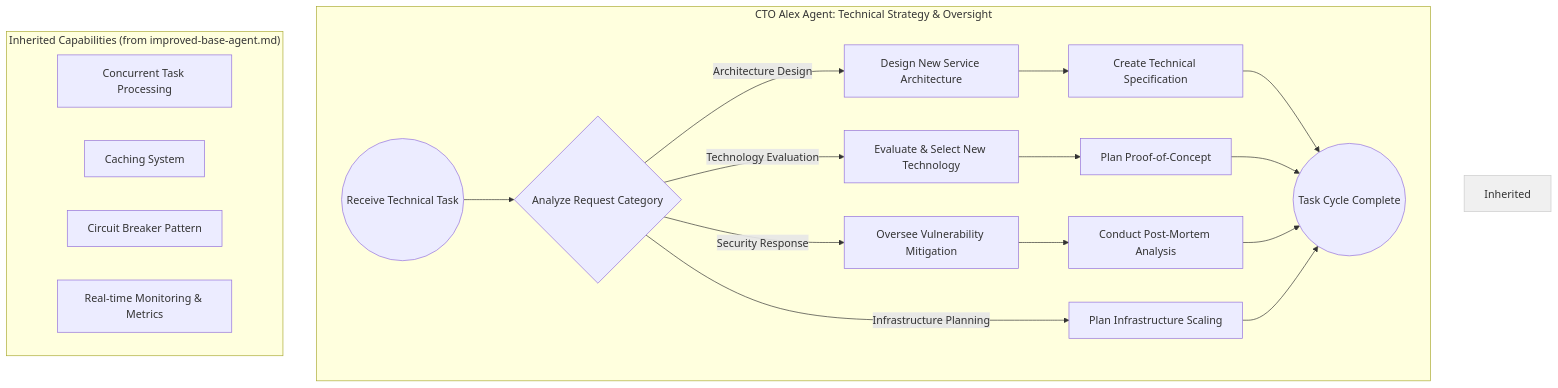
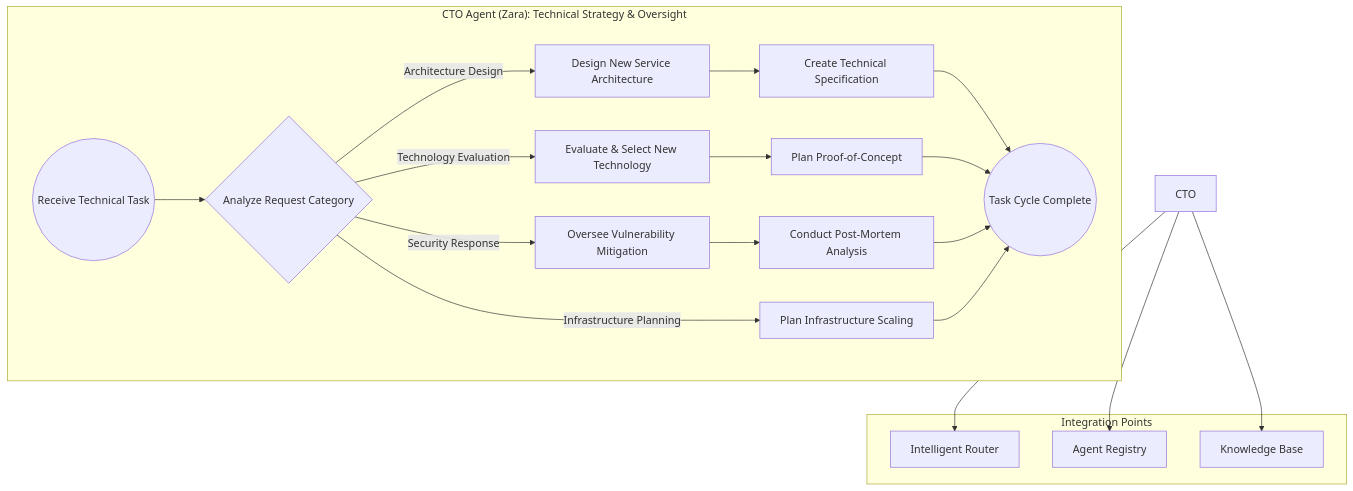
One commit to 371-Minds/os changed the second of 5 diagrams in .qoder/repowiki/en/content/CTO Agent (Alex).md. Above: the diagram before and after it, drawn with Mermaid. The commit also changed other lines of this file and 10 other files, not shown here.

````diff
--- a/.qoder/repowiki/en/content/CTO Agent (Alex).md
+++ b/.qoder/repowiki/en/content/CTO Agent (Alex).md
@@ -83,24 +99,25 @@
 ```mermaid
 graph TD
-subgraph "CTO Alex Agent: Technical Strategy & Oversight"
+subgraph "CTO Agent (Zara): Technical Strategy & Oversight"
 Start((Receive Technical Task)) --> AnalyzeTask{Analyze Request Category};
 AnalyzeTask -- "Architecture Design" --> DesignArch[Design New Service Architecture];
 DesignArch --> CreateSpec[Create Technical Specification];
 CreateSpec --> End((Task Cycle Complete));
 AnalyzeTask -- "Technology Evaluation" --> EvalTech[Evaluate & Select New Technology];
 EvalTech --> POC[Plan Proof-of-Concept];
 POC --> End;
 AnalyzeTask -- "Security Response" --> MitigateVuln[Oversee Vulnerability Mitigation];
 MitigateVuln --> PostMortem[Conduct Post-Mortem Analysis];
 PostMortem --> End;
 AnalyzeTask -- "Infrastructure Planning" --> PlanScaling[Plan Infrastructure Scaling];
 PlanScaling --> End;
 end
-subgraph "Inherited Capabilities (from improved-base-agent.md)"
-style Inherited fill:#f0f0f0,stroke:#ccc
-C1[Concurrent Task Processing]
-C2[Caching System]
-C3[Circuit Breaker Pattern]
-C4[Real-time Monitoring & Metrics]
+subgraph "Integration Points"
+Router[Intelligent Router]
+Registry[Agent Registry]
+KnowledgeBase[Knowledge Base]
 end
+CTO --> Router
+CTO --> Registry
+CTO --> KnowledgeBase
 ```
````
